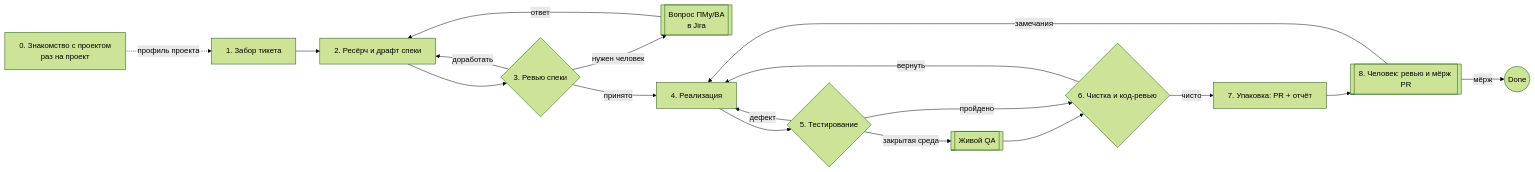
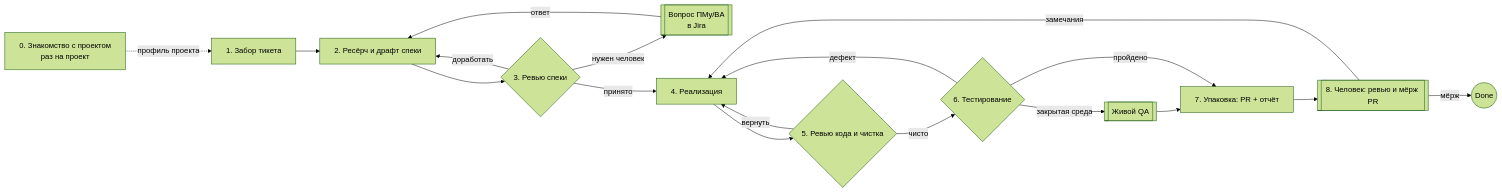
The diagram in docs/02-target-workflow.md (aliaksandrkirylau/outsource-ai), drawn with Mermaid (forest theme) before and after one commit. The commit also changed other lines of this file and 20 other files, not shown here.

````diff
--- a/docs/02-target-workflow.md
+++ b/docs/02-target-workflow.md
@@ -8,20 +8,20 @@
 ```mermaid
 flowchart LR
     P0[0. Знакомство с проектом<br/>раз на проект] -.профиль проекта.-> S1
     S1[1. Забор тикета] --> S2[2. Ресёрч и драфт спеки]
     S2 --> S3{3. Ревью спеки}
     S3 -- доработать --> S2
     S3 -- нужен человек --> H1[[Вопрос ПМу/BA<br/>в Jira]]
     H1 -- ответ --> S2
     S3 -- принято --> S4[4. Реализация]
-    S4 --> S5{5. Тестирование}
-    S5 -- дефект --> S4
-    S5 -- закрытая среда --> Q[[Живой QA]]
-    Q --> S6
-    S5 -- пройдено --> S6{6. Чистка и код-ревью}
-    S6 -- вернуть --> S4
-    S6 -- чисто --> S7[7. Упаковка: PR + отчёт]
+    S4 --> S5{5. Ревью кода и чистка}
+    S5 -- вернуть --> S4
+    S5 -- чисто --> S6{6. Тестирование}
+    S6 -- дефект --> S4
+    S6 -- закрытая среда --> Q[[Живой QA]]
+    Q --> S7
+    S6 -- пройдено --> S7[7. Упаковка: PR + отчёт]
     S7 --> S8[[8. Человек: ревью и мёрж PR]]
     S8 -- замечания --> S4
     S8 -- мёрж --> D((Done))
 ```
````
